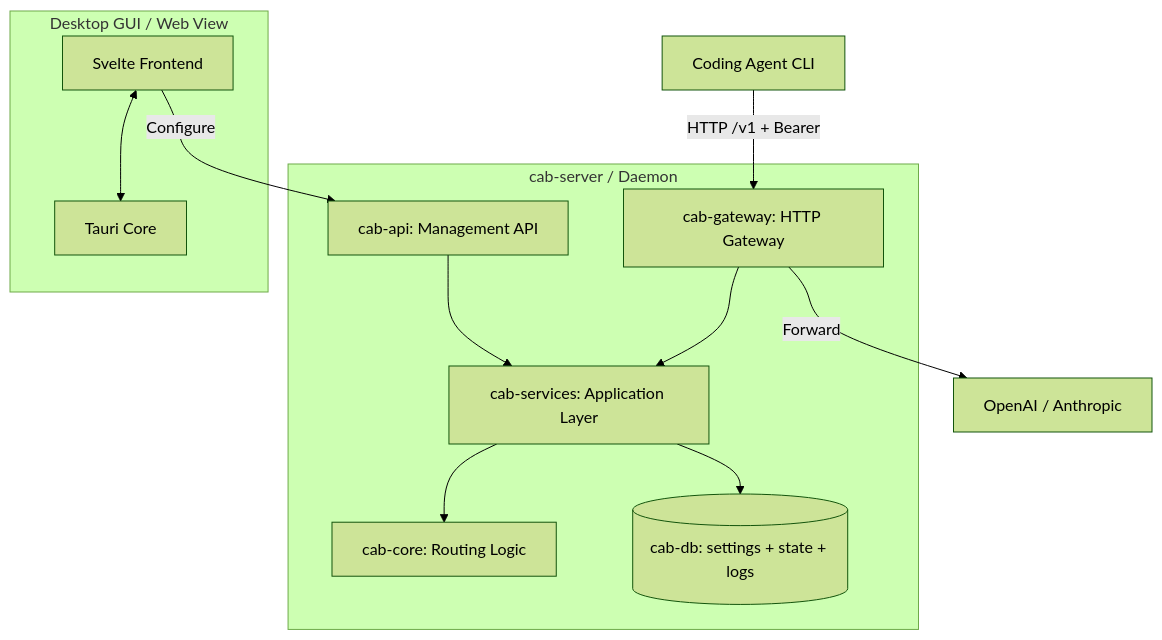
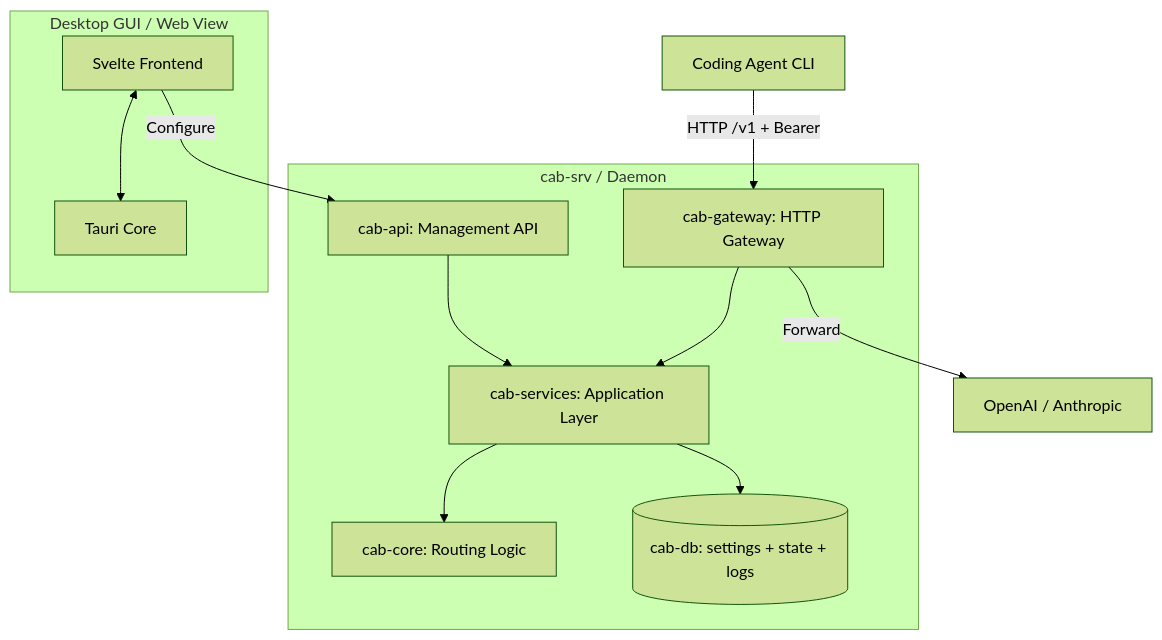
The diagram in README.md (xiongdi/cab), drawn with Mermaid (forest theme) before and after one commit. The commit also changed other lines of this file and 49 other files, not shown here.

First line of the commit message:
refactor: unify package naming to cab-cli / cab-srv / cab-gui

````diff
--- a/README.md
+++ b/README.md
@@ -21,22 +21,22 @@
 ```mermaid
 graph TD
     subgraph Frontend [Desktop GUI / Web View]
         Svelte[Svelte Frontend] <--> Tauri[Tauri Core]
     end
 
-    subgraph Backend [cab-server / Daemon]
+    subgraph Backend [cab-srv / Daemon]
         API[cab-api: Management API]
         Gateway[cab-gateway: HTTP Gateway]
         Services[cab-services: Application Layer]
         DB[(cab-db: settings + state + logs)]
         Core[cab-core: Routing Logic]
     end
 
     AgentCLI[Coding Agent CLI] -- "HTTP /v1 + Bearer" --> Gateway
     Gateway --> Services
     Services --> Core
     Services --> DB
     Gateway -- "Forward" --> LLM[OpenAI / Anthropic]
     Svelte -- "Configure" --> API
     API --> Services
 ```
````
